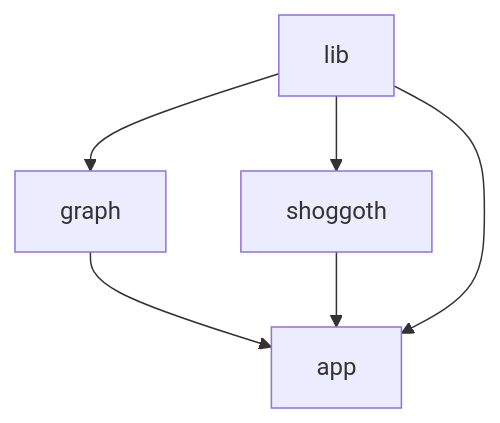
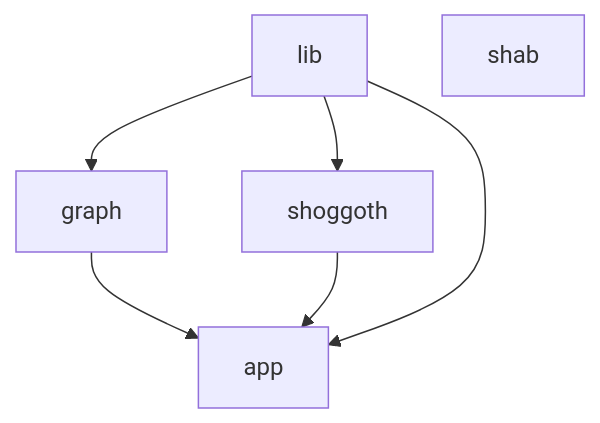
One commit to johnthesmith/shoggoth changed the first of 3 diagrams in README.md. Above: the diagram before and after it, drawn with Mermaid. The commit also changed other lines of this file, not shown here.

Commit message:
Libraries refactoring

````diff
--- a/README.md
+++ b/README.md
@@ -35,10 +35,11 @@
 ```mermaid
 flowchart
     graphics[graph]    
 
     lib --> graphics
     graphics --> app
     shoggoth --> app
     lib --> shoggoth
     lib --> app
+    shab
 ```
````
